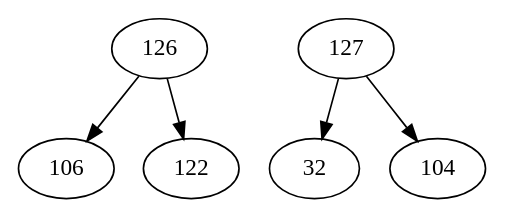
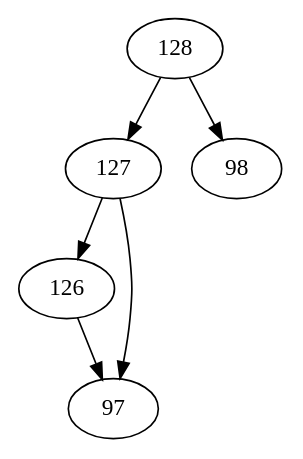
The diagram in tokenizer/bpe.dot (TsitouhRanjafy/algorithme), drawn with Graphviz before and after one commit. The commit also changed 2 other files, not shown here.

```diff
--- a/tokenizer/bpe.dot
+++ b/tokenizer/bpe.dot
@@ -1,1 +1,1 @@
-digraph{ 126 -> {106,122} 127 -> {32,104} }
+digraph{ 126 -> {97,97} 127 -> {126,97} 128 -> {127,98} }
```
